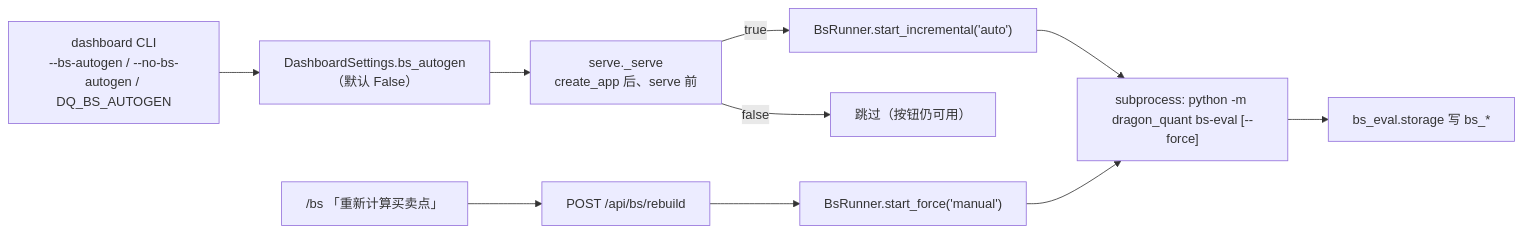
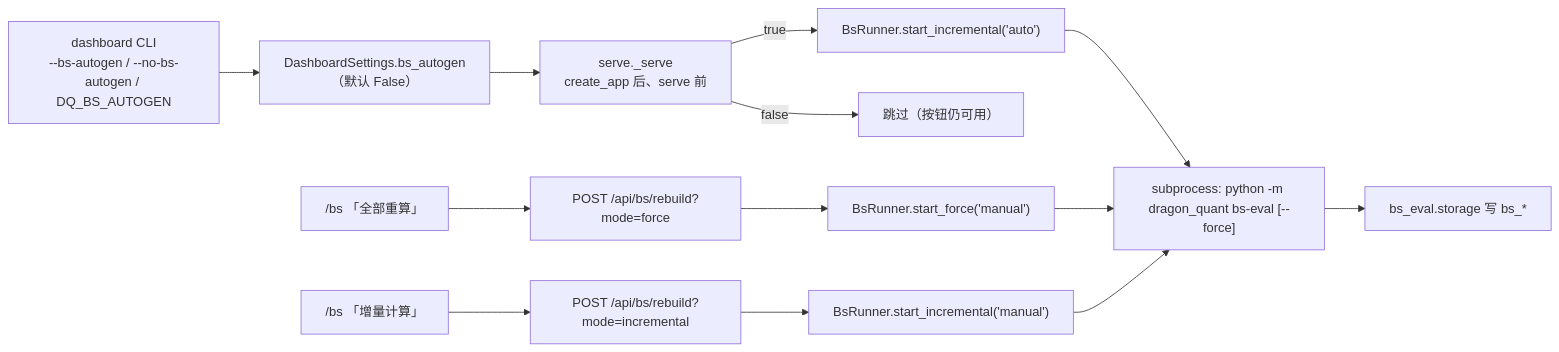
Before and after one commit to gitBingxu/dragon-quant: the second of 2 diagrams in docs/agent/bs_eval.md, drawn with Mermaid. The commit also changed other lines of this file and 22 other files, not shown here.

````diff
--- a/docs/agent/bs_eval.md
+++ b/docs/agent/bs_eval.md
@@ -117,12 +117,15 @@
 ```mermaid
 flowchart LR
     CLI["dashboard CLI<br/>--bs-autogen / --no-bs-autogen / DQ_BS_AUTOGEN"] --> SET["DashboardSettings.bs_autogen（默认 False）"]
     SET --> SERVE["serve._serve<br/>create_app 后、serve 前"]
     SERVE -->|"true"| RUN["BsRunner.start_incremental('auto')"]
     SERVE -->|"false"| SKIP["跳过（按钮仍可用）"]
-    BTN["/bs 「重新计算买卖点」"] --> POST["POST /api/bs/rebuild"]
+    BTN1["/bs 「全部重算」"] --> POST["POST /api/bs/rebuild?mode=force"]
+    BTN2["/bs 「增量计算」"] --> POST2["POST /api/bs/rebuild?mode=incremental"]
     POST --> RUNNER["BsRunner.start_force('manual')"]
+    POST2 --> RUNNER2["BsRunner.start_incremental('manual')"]
     RUN --> PROC["subprocess: python -m dragon_quant bs-eval [--force]"]
     RUNNER --> PROC
+    RUNNER2 --> PROC
     PROC --> STORE["bs_eval.storage 写 bs_*"]
 ```
````
